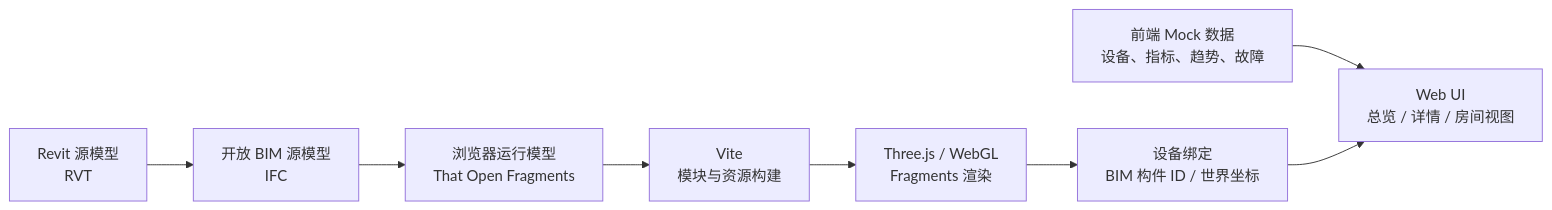
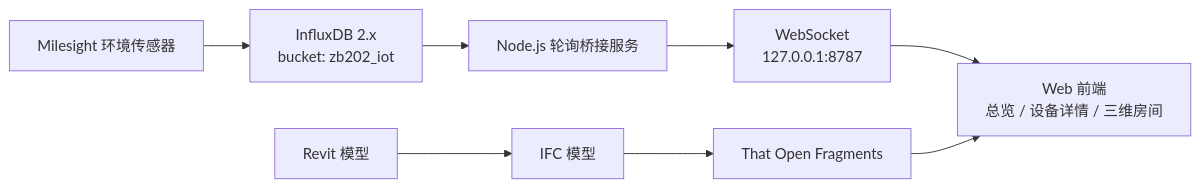
The diagram in README.md (LYUml/ZB202_DT), drawn with Mermaid before and after one commit. The commit also changed other lines of this file and 14 other files, not shown here.

````diff
--- a/README.md
+++ b/README.md
@@ -13,10 +13,11 @@
 ```mermaid
 flowchart LR
-  RVT["Revit 源模型<br/>RVT"] --> IFC["开放 BIM 源模型<br/>IFC"]
-  IFC --> FRAG["浏览器运行模型<br/>That Open Fragments"]
-  FRAG --> VITE["Vite<br/>模块与资源构建"]
-  VITE --> THREE["Three.js / WebGL<br/>Fragments 渲染"]
-  MOCK["前端 Mock 数据<br/>设备、指标、趋势、故障"] --> UI["Web UI<br/>总览 / 详情 / 房间视图"]
-  THREE --> BIND["设备绑定<br/>BIM 构件 ID / 世界坐标"]
-  BIND --> UI
+  SENSOR["Milesight 环境传感器"] --> INFLUX["InfluxDB 2.x<br/>bucket: zb202_iot"]
+  INFLUX --> BRIDGE["Node.js 轮询桥接服务"]
+  BRIDGE --> WS["WebSocket<br/>127.0.0.1:8787"]
+  WS --> UI["Web 前端<br/>总览 / 设备详情 / 三维房间"]
+
+  RVT["Revit 模型"] --> IFC["IFC 模型"]
+  IFC --> FRAG["That Open Fragments"]
+  FRAG --> UI
 ```
````
